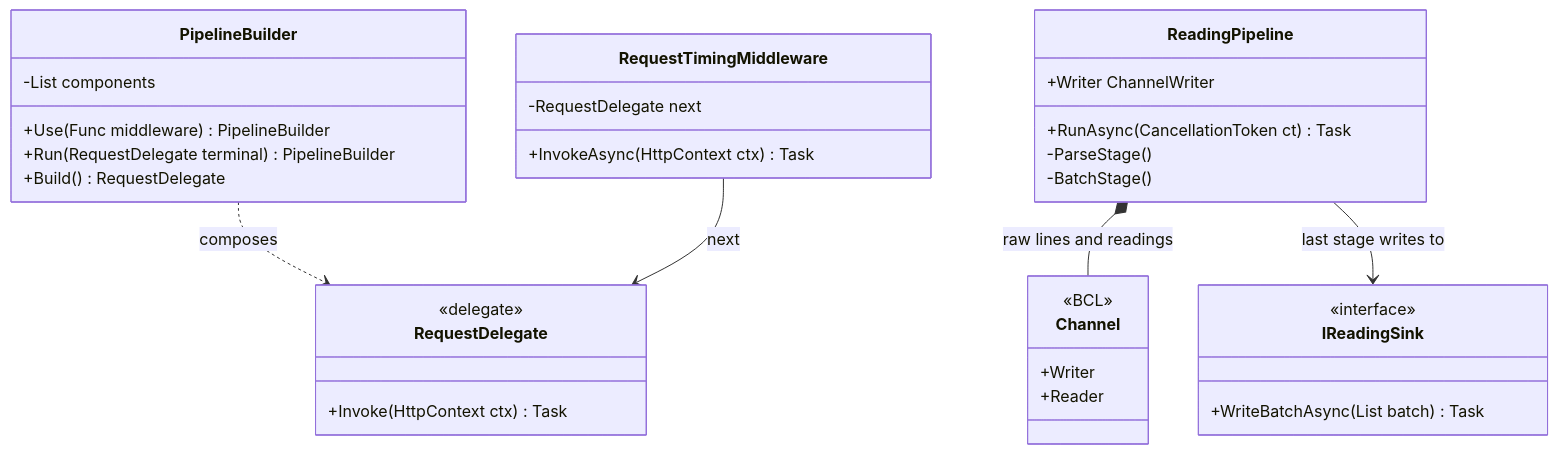
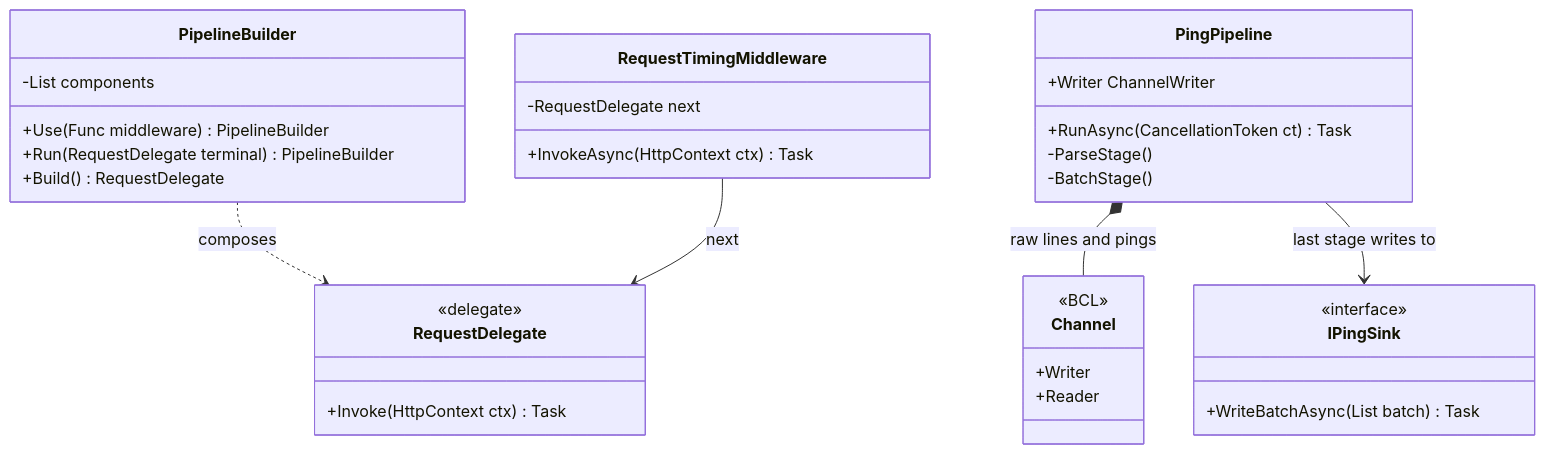
The first of 3 diagrams in content/lessons/m06/m06-pipeline.md (rizwi0786/system-design-lab), drawn with Mermaid before and after one commit. The commit also changed other lines of this file and 334 other files, not shown here.

````diff
--- a/content/lessons/m06/m06-pipeline.md
+++ b/content/lessons/m06/m06-pipeline.md
@@ -171,36 +171,36 @@
 ```mermaid
 classDiagram
     class RequestDelegate {
         <<delegate>>
         +Invoke(HttpContext ctx) Task
     }
     class PipelineBuilder {
         -List components
         +Use(Func middleware) PipelineBuilder
         +Run(RequestDelegate terminal) PipelineBuilder
         +Build() RequestDelegate
     }
     class RequestTimingMiddleware {
         -RequestDelegate next
         +InvokeAsync(HttpContext ctx) Task
     }
-    class ReadingPipeline {
+    class PingPipeline {
         +Writer ChannelWriter
         +RunAsync(CancellationToken ct) Task
         -ParseStage()
         -BatchStage()
     }
     class Channel {
         <<BCL>>
         +Writer
         +Reader
     }
-    class IReadingSink {
+    class IPingSink {
         <<interface>>
         +WriteBatchAsync(List batch) Task
     }
     PipelineBuilder ..> RequestDelegate : composes
     RequestTimingMiddleware --> RequestDelegate : next
-    ReadingPipeline *-- Channel : raw lines and readings
-    ReadingPipeline --> IReadingSink : last stage writes to
+    PingPipeline *-- Channel : raw lines and pings
+    PingPipeline --> IPingSink : last stage writes to
 ```
````
